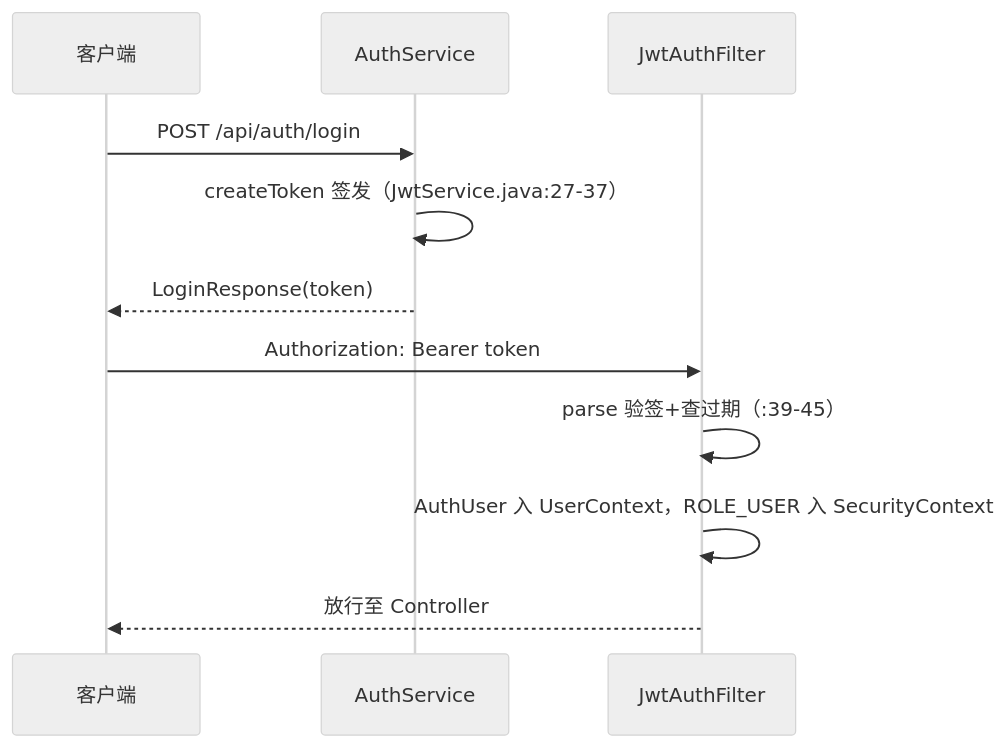
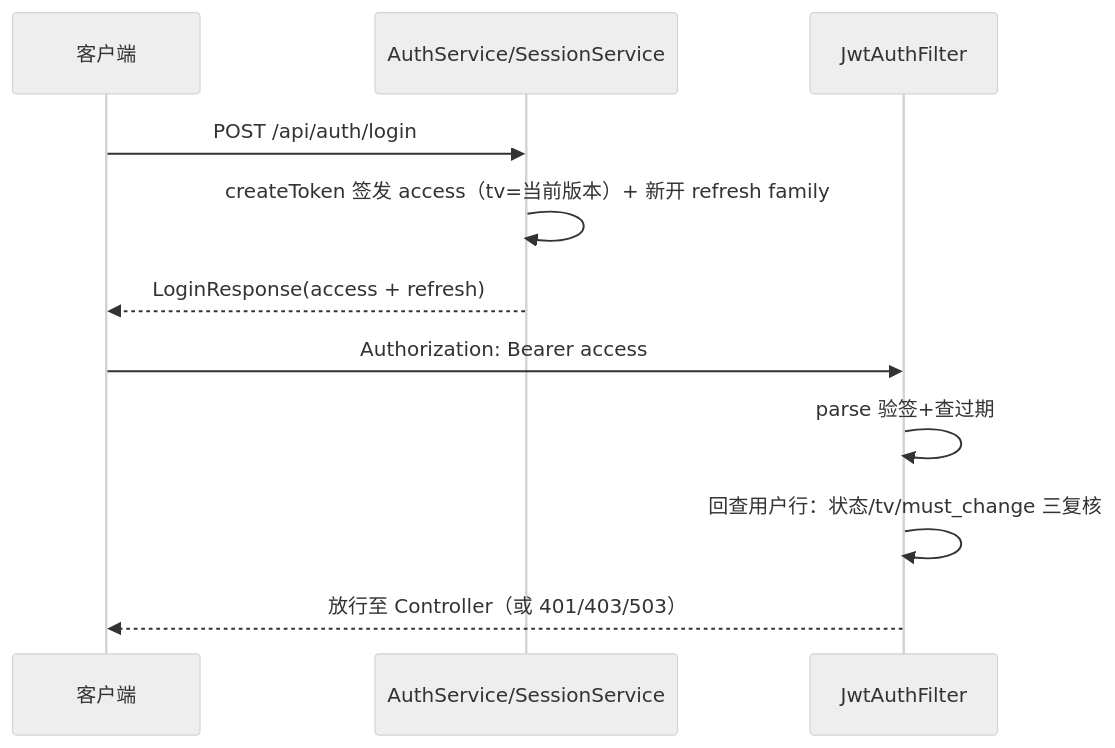
The diagram in docs/source-learning/modules/05-security/02-jwt-auth.md (NorthAdb/LinkForge), drawn with Mermaid (neutral theme) before and after one commit. The commit also changed other lines of this file and 62 other files, not shown here.

````diff
--- a/docs/source-learning/modules/05-security/02-jwt-auth.md
+++ b/docs/source-learning/modules/05-security/02-jwt-auth.md
@@ -157,13 +169,13 @@
 ```mermaid
 sequenceDiagram
     participant C as 客户端
-    participant A as AuthService
+    participant A as AuthService/SessionService
     participant F as JwtAuthFilter
     C->>A: POST /api/auth/login
-    A->>A: createToken 签发（JwtService.java:27-37）
-    A-->>C: LoginResponse(token)
-    C->>F: Authorization: Bearer token
-    F->>F: parse 验签+查过期（:39-45）
-    F->>F: AuthUser 入 UserContext，ROLE_USER 入 SecurityContext
-    F-->>C: 放行至 Controller
+    A->>A: createToken 签发 access（tv=当前版本）+ 新开 refresh family
+    A-->>C: LoginResponse(access + refresh)
+    C->>F: Authorization: Bearer access
+    F->>F: parse 验签+查过期
+    F->>F: 回查用户行：状态/tv/must_change 三复核
+    F-->>C: 放行至 Controller（或 401/403/503）
 ```
````
